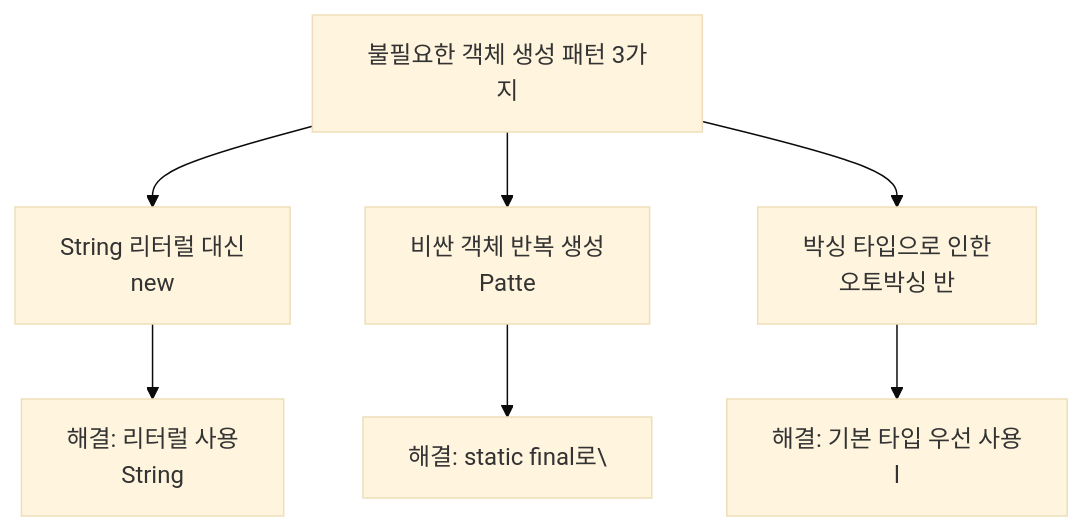
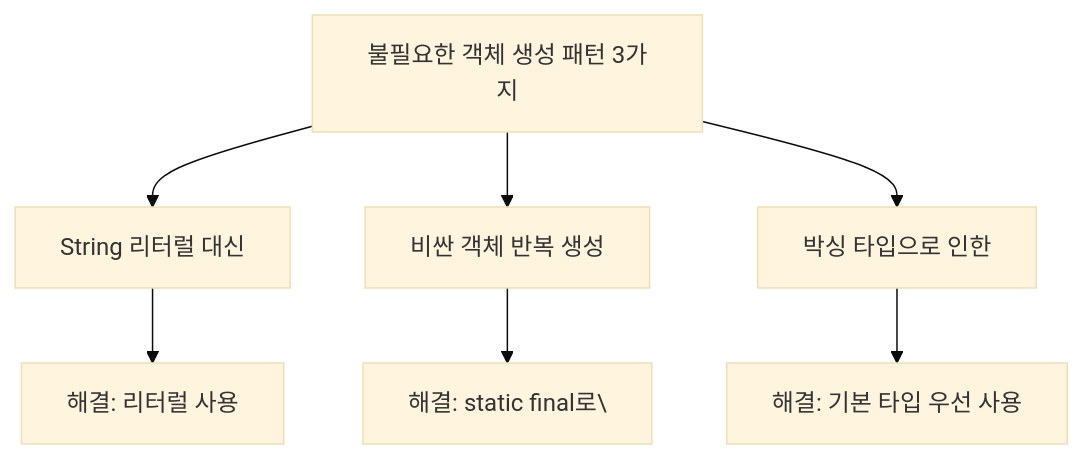
One commit to yjkim2015/yjkim2015.github.io changed the third of 3 diagrams in _posts/java/2021-12-19-effective-java6.md. Above: the diagram before and after it, drawn with Mermaid (base theme). The commit also changed other lines of this file and 217 other files, not shown here.

First line of the commit message:
Mermaid 크기 수정: useMaxWidth:true + SVG max-width:100% + 라벨 축소

````diff
--- a/_posts/java/2021-12-19-effective-java6.md
+++ b/_posts/java/2021-12-19-effective-java6.md
@@ -179,9 +179,9 @@
 ```mermaid
 graph TD
-    A["불필요한 객체 생성 패턴 3가지"] --> B["String 리터럴 대신\nnew"]
-    A --> C["비싼 객체 반복 생성\nPatte"]
-    A --> D["박싱 타입으로 인한\n오토박싱 반"]
-    B --> B1["해결: 리터럴 사용\nString"]
+    A["불필요한 객체 생성 패턴 3가지"] --> B["String 리터럴 대신"]
+    A --> C["비싼 객체 반복 생성"]
+    A --> D["박싱 타입으로 인한"]
+    B --> B1["해결: 리터럴 사용"]
     C --> C1["해결: static final로\"]
-    D --> D1["해결: 기본 타입 우선 사용\nl"]
+    D --> D1["해결: 기본 타입 우선 사용"]
 ```
````
